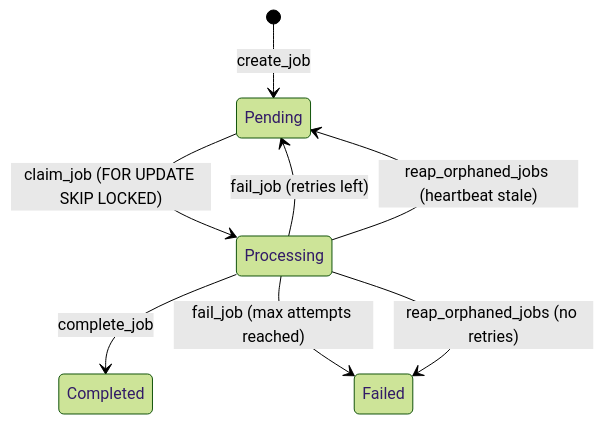
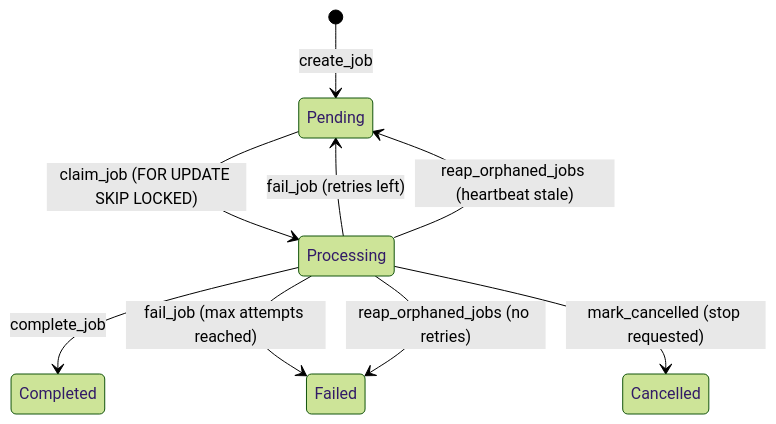
One commit to NederlandseDigitaleDienst/regelrecht changed the second of 3 diagrams in docs/src/content/docs/components/pipeline.md. Above: the diagram before and after it, drawn with Mermaid (forest theme). The commit also changed other lines of this file and 1 other file, not shown here.

````diff
--- a/docs/src/content/docs/components/pipeline.md
+++ b/docs/src/content/docs/components/pipeline.md
@@ -81,10 +92,11 @@
 ```mermaid
 stateDiagram-v2
     [*] --> Pending: create_job
     Pending --> Processing: claim_job (FOR UPDATE SKIP LOCKED)
     Processing --> Completed: complete_job
     Processing --> Pending: fail_job (retries left)
     Processing --> Failed: fail_job (max attempts reached)
     Processing --> Pending: reap_orphaned_jobs (heartbeat stale)
     Processing --> Failed: reap_orphaned_jobs (no retries)
+    Processing --> Cancelled: mark_cancelled (stop requested)
 ```
````
